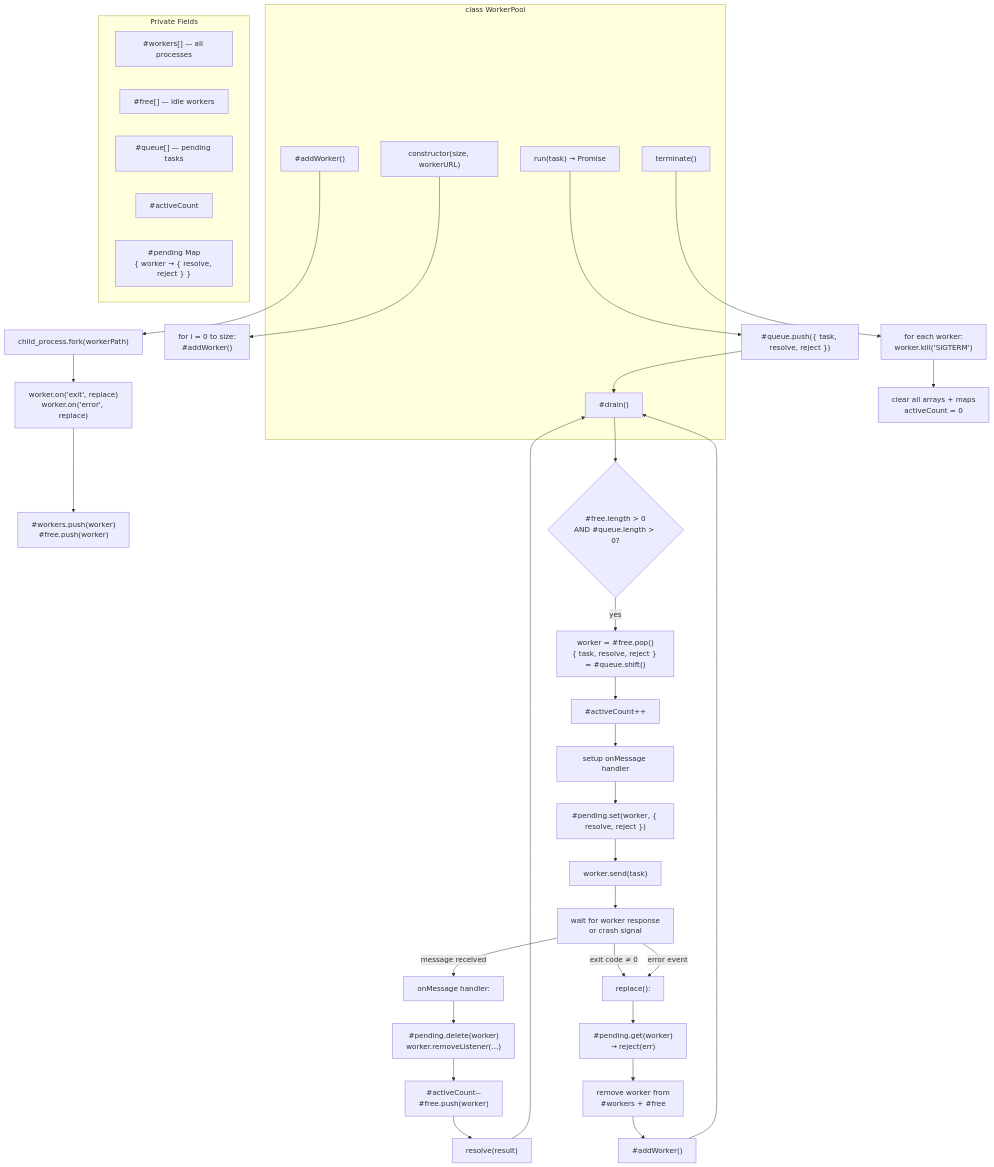
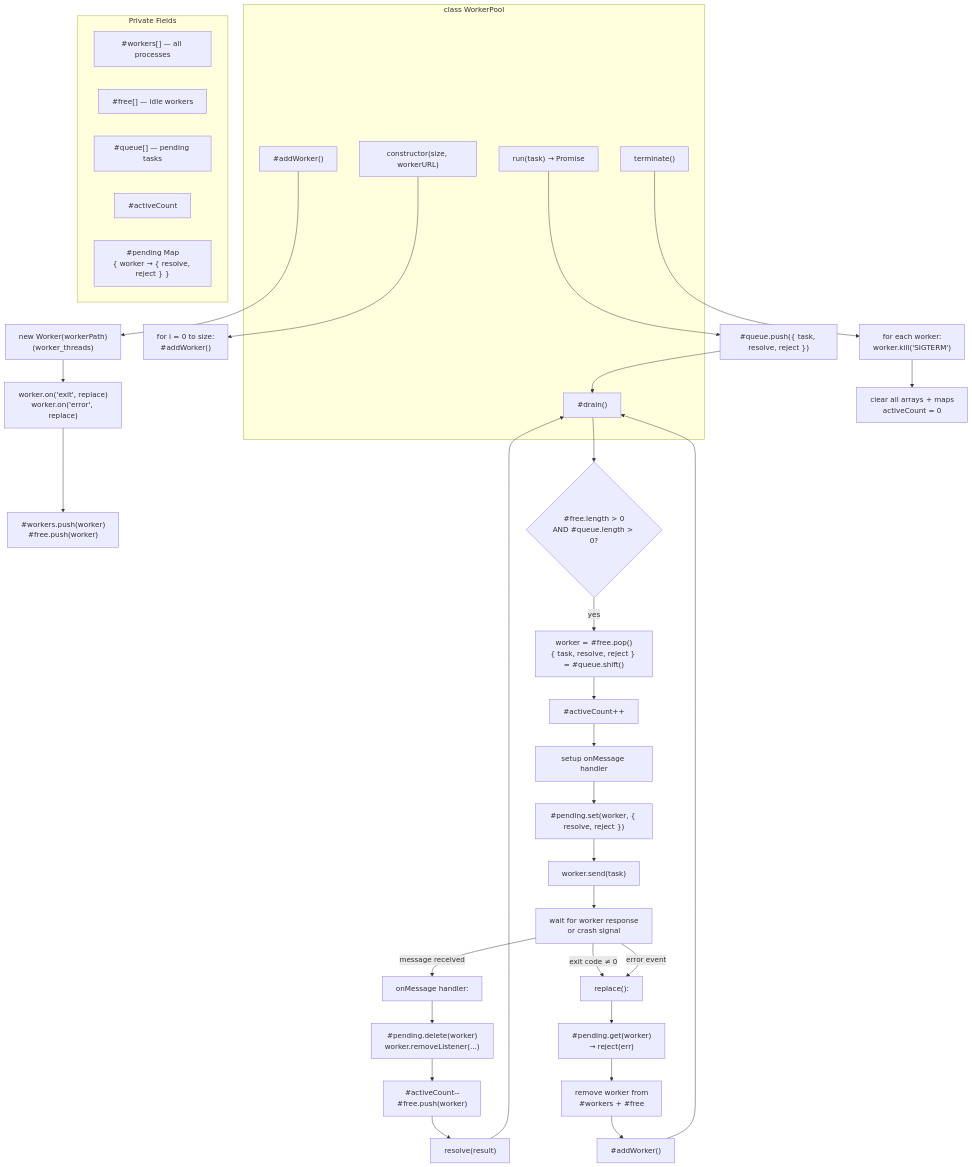
Before and after one commit to Arham-Qureshi/codebase-vis: the tenth of 13 diagrams in ARCHITECTURE/utils.md, drawn with Mermaid. The commit also changed other lines of this file, not shown here.

Commit message:
docs: update utils — worker_threads, index-based drain

````diff
--- a/ARCHITECTURE/utils.md
+++ b/ARCHITECTURE/utils.md
@@ -228,57 +228,57 @@
 ```mermaid
 flowchart TD
     subgraph class["class WorkerPool"]
         CONSTRUCTOR["constructor(size, workerURL)"]
         ADD_WORKER["#addWorker()"]
         RUN["run(task) → Promise"]
         DRAIN["#drain()"]
         TERMINATE["terminate()"]
     end
 
     subgraph state["Private Fields"]
         WORKERS["#workers[] — all processes"]
         FREE["#free[] — idle workers"]
         QUEUE["#queue[] — pending tasks"]
         ACTIVE["#activeCount"]
         PENDING["#pending Map<br/>{ worker → { resolve, reject } }"]
     end
 
     CONSTRUCTOR --> INIT["for i = 0 to size:<br/>#addWorker()"]
 
-    ADD_WORKER --> FORK["child_process.fork(workerPath)"]
+    ADD_WORKER --> FORK["new Worker(workerPath)<br/>(worker_threads)"]
     FORK --> REGISTER["worker.on('exit', replace)<br/>worker.on('error', replace)"]
     REGISTER --> TRACK["#workers.push(worker)<br/>#free.push(worker)"]
 
     RUN --> ENQUEUE["#queue.push({ task, resolve, reject })"]
     ENQUEUE --> DRAIN
 
     DRAIN --> LOOP{"#free.length > 0<br/>AND #queue.length > 0?"}
 
     LOOP -->|yes| POP["worker = #free.pop()<br/>{ task, resolve, reject } = #queue.shift()"]
 
     POP --> INCREMENT["#activeCount++"]
 
     INCREMENT --> ON_MESSAGE["setup onMessage handler"]
 
     ON_MESSAGE --> STORE["#pending.set(worker, { resolve, reject })"]
     STORE --> SEND["worker.send(task)"]
 
     SEND --> AWAIT_RESULT["wait for worker response<br/>or crash signal"]
 
     AWAIT_RESULT -->|message received| ON_MSG["onMessage handler:"]
     ON_MSG --> CLEANUP["#pending.delete(worker)<br/>worker.removeListener(...)"]
     CLEANUP --> DECREMENT["#activeCount--<br/>#free.push(worker)"]
     DECREMENT --> RESOLVE["resolve(result)"]
     RESOLVE --> DRAIN
 
     AWAIT_RESULT -->|exit code ≠ 0| REPLACE["replace():"]
     REPLACE --> REJECT["#pending.get(worker)<br/>→ reject(err)"]
     REJECT --> REMOVE["remove worker from<br/>#workers + #free"]
     REMOVE --> SPAWN_NEW["#addWorker()"]
     SPAWN_NEW --> DRAIN
 
     AWAIT_RESULT -->|error event| REPLACE
 
     TERMINATE --> KILL["for each worker:<br/>worker.kill('SIGTERM')"]
     KILL --> CLEAR["clear all arrays + maps<br/>activeCount = 0"]
 ```
````
